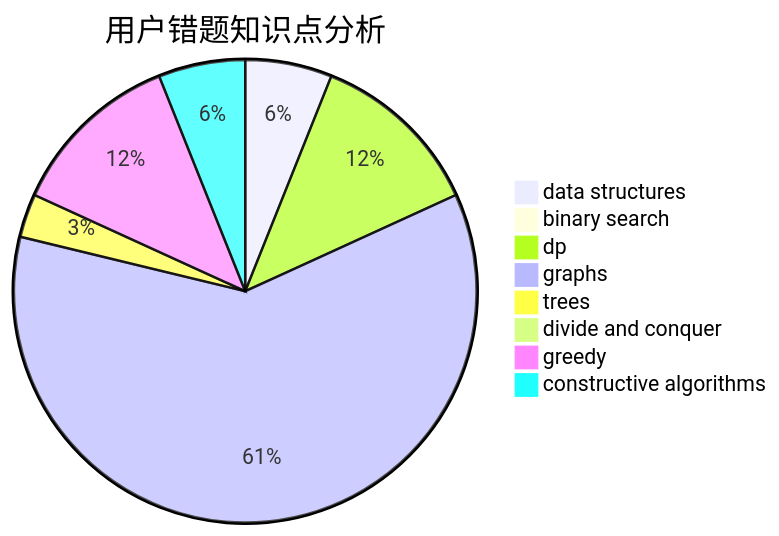
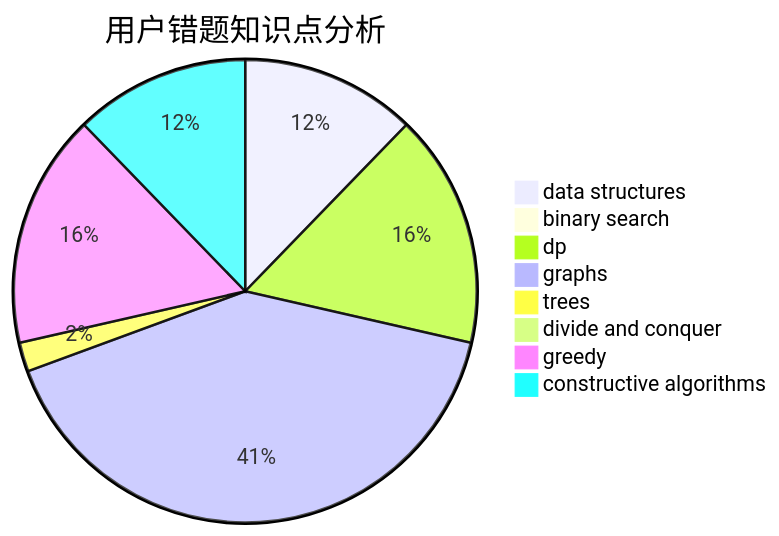
Before and after one commit to sherpahu/cfrs.github.io: the third of 3 diagrams in docs/user/u356.md, drawn with Mermaid. The commit also changed other lines of this file and 2770 other files, not shown here.

````diff
--- a/docs/user/u356.md
+++ b/docs/user/u356.md
@@ -36,11 +36,11 @@
 ```mermaid
 pie title 用户错题知识点分析
-    "data structures" :  2
+    "data structures" :  6
     "binary search" :  0
-    "dp" :  4
+    "dp" :  8
     "graphs" :  20
     "trees" :  1
     "divide and conquer" :  0
-    "greedy" :  4
-    "constructive algorithms" :  2
+    "greedy" :  8
+    "constructive algorithms" :  6
 ```
````
